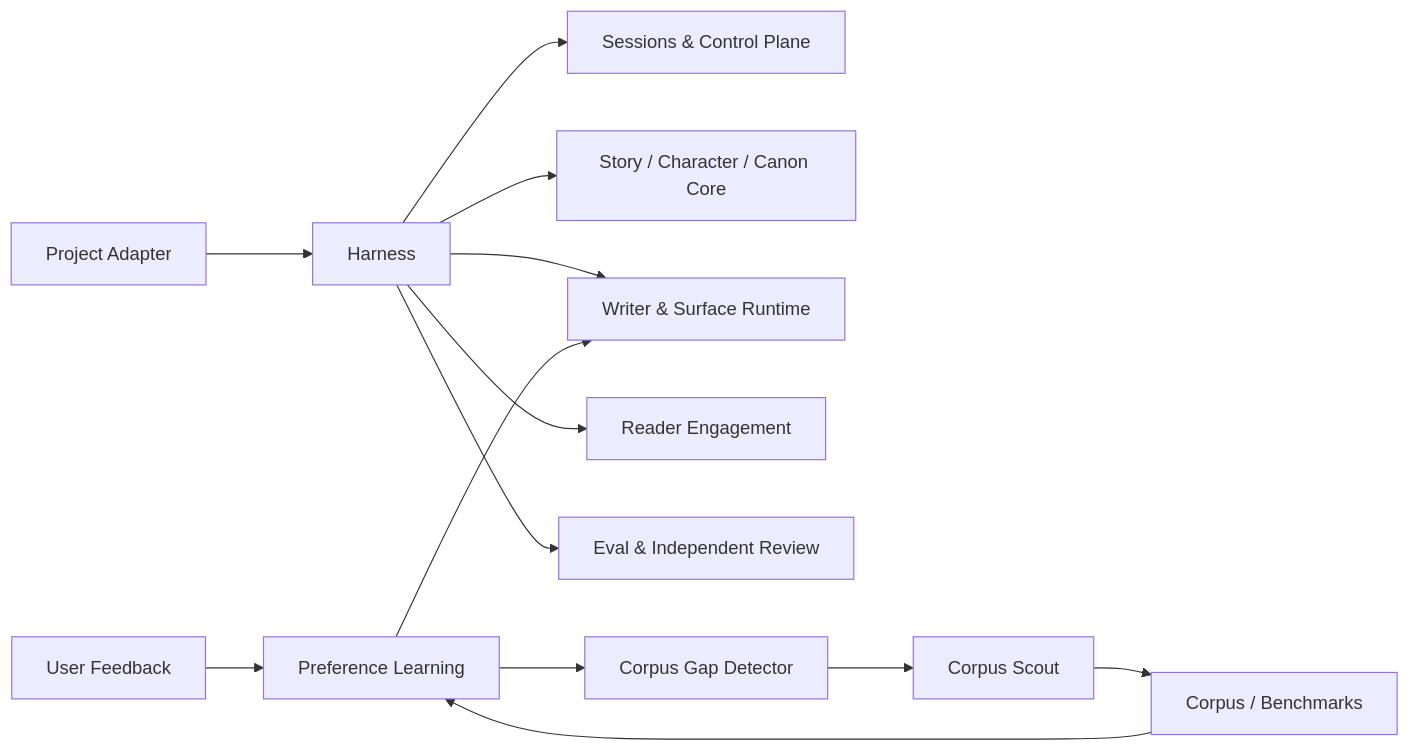
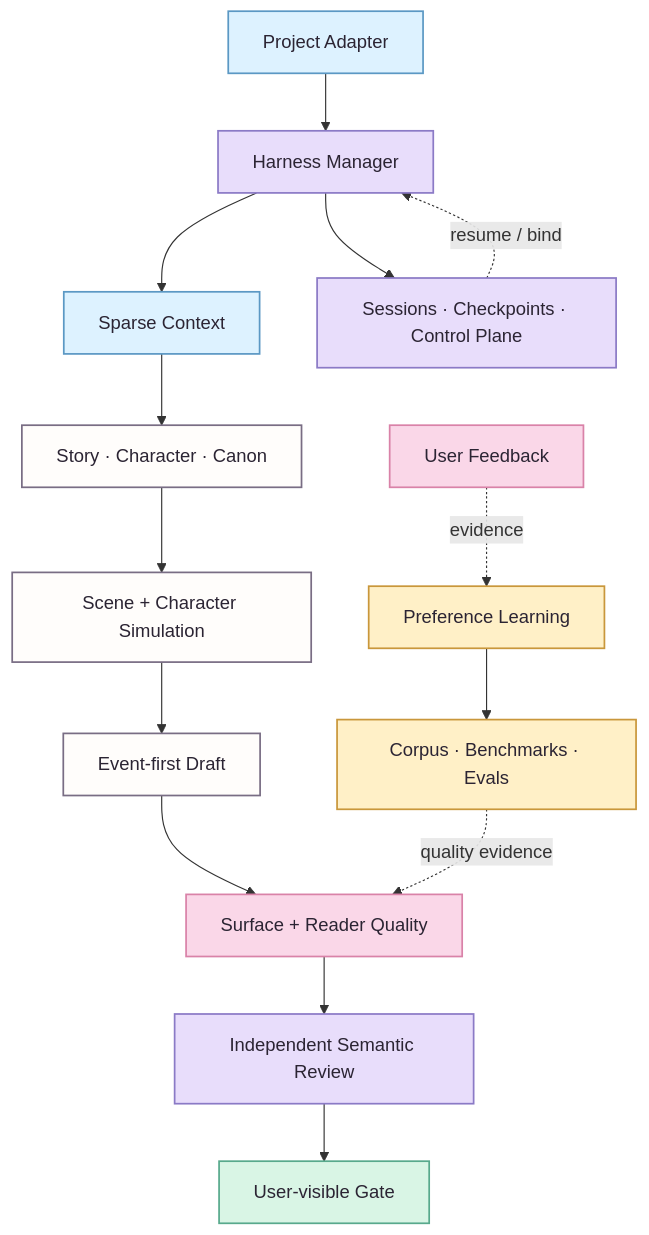
The diagram in README.md (xiaooye/Quillframe), drawn with Mermaid before and after one commit. The commit also changed other lines of this file, not shown here.

````diff
--- a/README.md
+++ b/README.md
@@ -13,15 +32,32 @@
 ```mermaid
-flowchart LR
-    P[Project Adapter] --> H[Harness]
-    H --> S[Sessions & Control Plane]
-    H --> C[Story / Character / Canon Core]
-    H --> W[Writer & Surface Runtime]
-    H --> R[Reader Engagement]
-    H --> E[Eval & Independent Review]
-    F[User Feedback] --> L[Preference Learning]
-    L --> G[Corpus Gap Detector]
-    G --> Q[Corpus Scout]
-    Q --> K[Corpus / Benchmarks]
-    K --> L
-    L --> W
+flowchart TB
+    PA[Project Adapter] --> H[Harness Manager]
+    H --> CTX[Sparse Context]
+    CTX --> CORE[Story · Character · Canon]
+    CORE --> SIM[Scene + Character Simulation]
+    SIM --> D[Event-first Draft]
+    D --> Q[Surface + Reader Quality]
+    Q --> SEM[Independent Semantic Review]
+    SEM --> G[User-visible Gate]
+
+    H --> S[Sessions · Checkpoints · Control Plane]
+    S -. resume / bind .-> H
+
+    F[User Feedback] -. evidence .-> L[Preference Learning]
+    L --> C[Corpus · Benchmarks · Evals]
+    C -. quality evidence .-> Q
+
+    classDef project fill:#DDF2FF,stroke:#5B98C4,color:#2B2433,stroke-width:1.5px;
+    classDef runtime fill:#E8DDFB,stroke:#8B7AC6,color:#2B2433,stroke-width:1.5px;
+    classDef story fill:#FFFDFB,stroke:#796D84,color:#2B2433,stroke-width:1.5px;
+    classDef quality fill:#FAD7E8,stroke:#D982A8,color:#2B2433,stroke-width:1.5px;
+    classDef evidence fill:#FFF0C7,stroke:#C9973B,color:#2B2433,stroke-width:1.5px;
+    classDef gate fill:#D9F5E5,stroke:#58A98C,color:#2B2433,stroke-width:1.5px;
+
+    class PA,CTX project;
+    class H,S,SEM runtime;
+    class CORE,SIM,D story;
+    class Q,F quality;
+    class L,C evidence;
+    class G gate;
 ```
````
